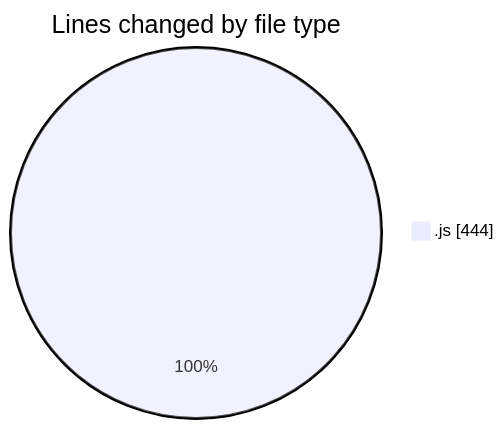
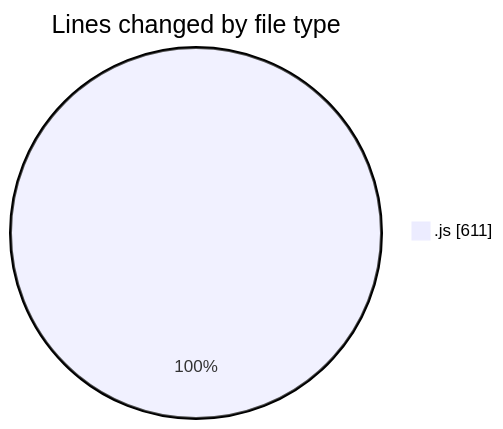
One commit to Ritupan-Deka/code-tracking changed the first of 2 diagrams in 2025-07-22/javascript/README.md. Above: the diagram before and after it, drawn with Mermaid. The commit also changed other lines of this file and 1 other file, not shown here.

````diff
--- a/2025-07-22/javascript/README.md
+++ b/2025-07-22/javascript/README.md
@@ -21,5 +21,5 @@
 ```mermaid
 pie showData
 title Lines changed by file type
-".js" : 444
+".js" : 611
 ```
````
